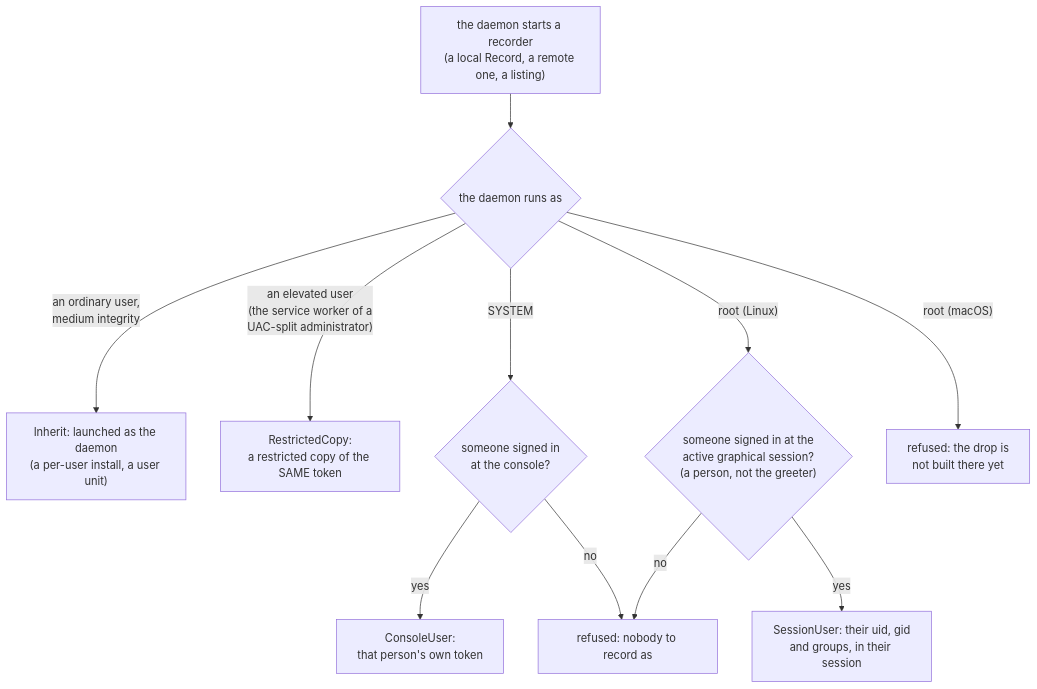
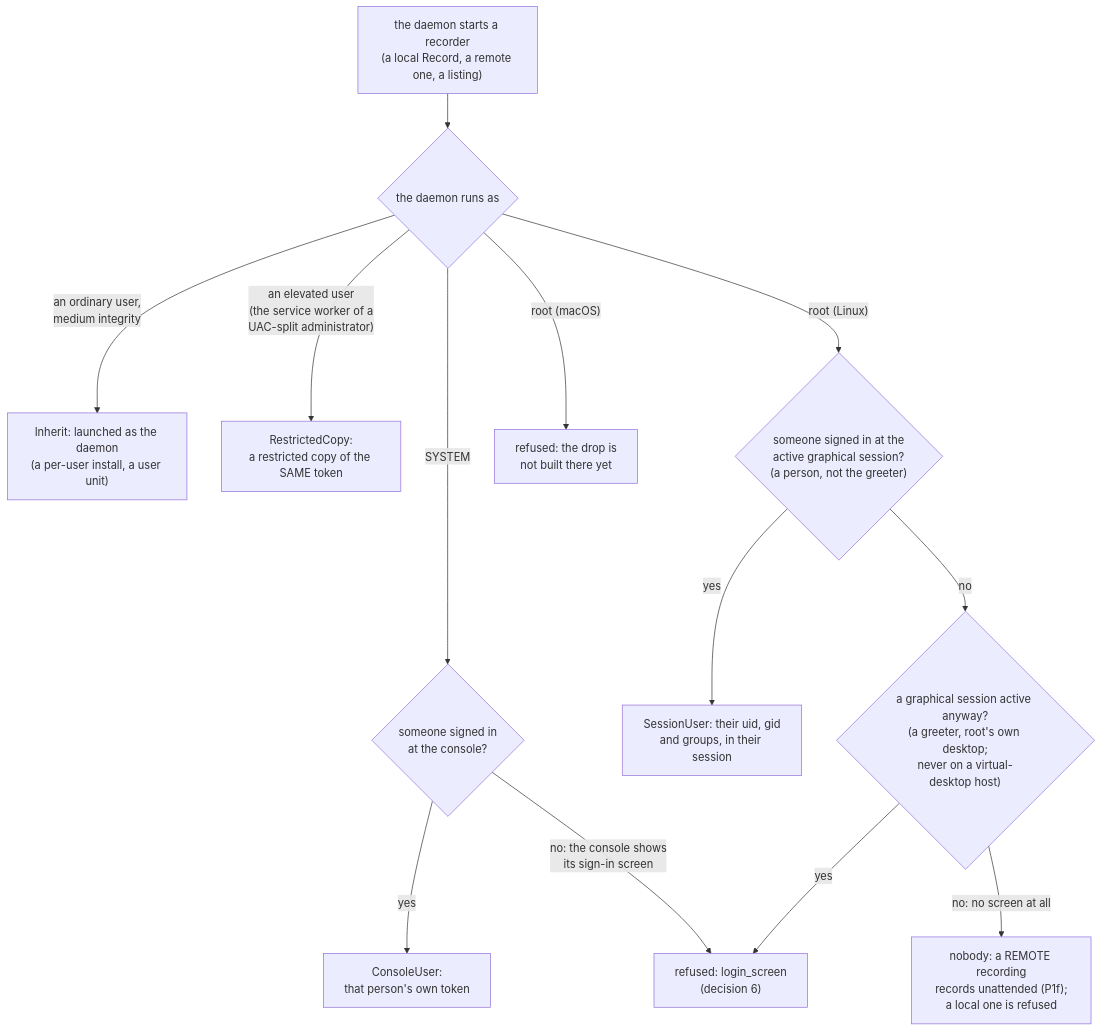
One commit to gjovanov/roomler-ai changed the fifth of 13 diagrams in docs/recording.md. Above: the diagram before and after it, drawn with Mermaid. The commit also changed other lines of this file and 10 other files, not shown here.

````diff
--- a/docs/recording.md
+++ b/docs/recording.md
@@ -372,13 +372,15 @@
 ```mermaid
 flowchart TD
     D["the daemon starts a recorder<br/>(a local Record, a remote one, a listing)"] --> S{"the daemon runs as"}
     S -->|"an ordinary user,<br/>medium integrity"| I["Inherit: launched as the daemon<br/>(a per-user install, a user unit)"]
     S -->|"an elevated user<br/>(the service worker of a<br/>UAC-split administrator)"| R["RestrictedCopy:<br/>a restricted copy of the SAME token"]
     S -->|"SYSTEM"| C{"someone signed in<br/>at the console?"}
     C -->|yes| U["ConsoleUser:<br/>that person's own token"]
-    C -->|no| N["refused: nobody to record as"]
+    C -->|"no: the console shows<br/>its sign-in screen"| LS["refused: login_screen<br/>(decision 6)"]
     S -->|"root (Linux)"| L{"someone signed in at the<br/>active graphical session?<br/>(a person, not the greeter)"}
     L -->|yes| SU["SessionUser: their uid, gid<br/>and groups, in their session"]
-    L -->|no| N
+    L -->|no| G{"a graphical session active anyway?<br/>(a greeter, root's own desktop;<br/>never on a virtual-desktop host)"}
+    G -->|yes| LS
+    G -->|"no: no screen at all"| N["nobody: a REMOTE recording<br/>records unattended (P1f);<br/>a local one is refused"]
     S -->|"root (macOS)"| X["refused: the drop is<br/>not built there yet"]
 ```
````
